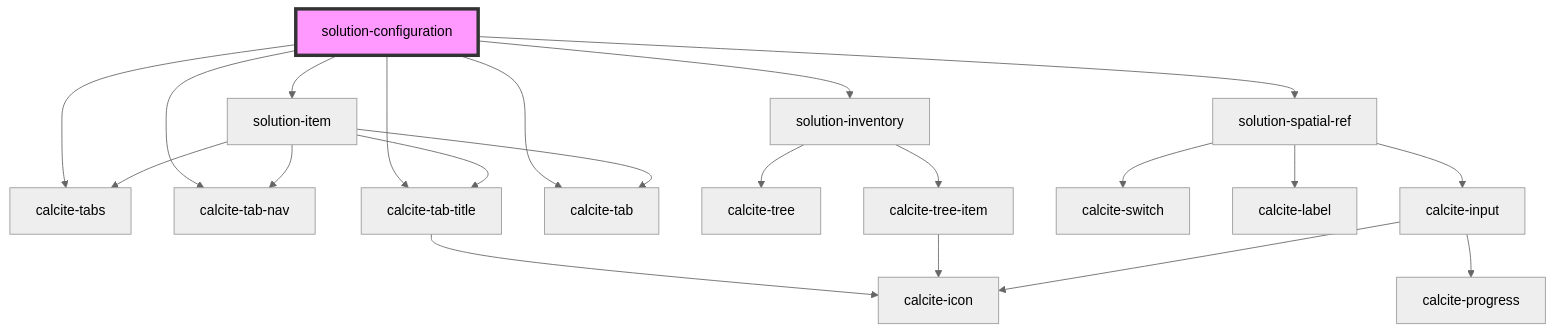
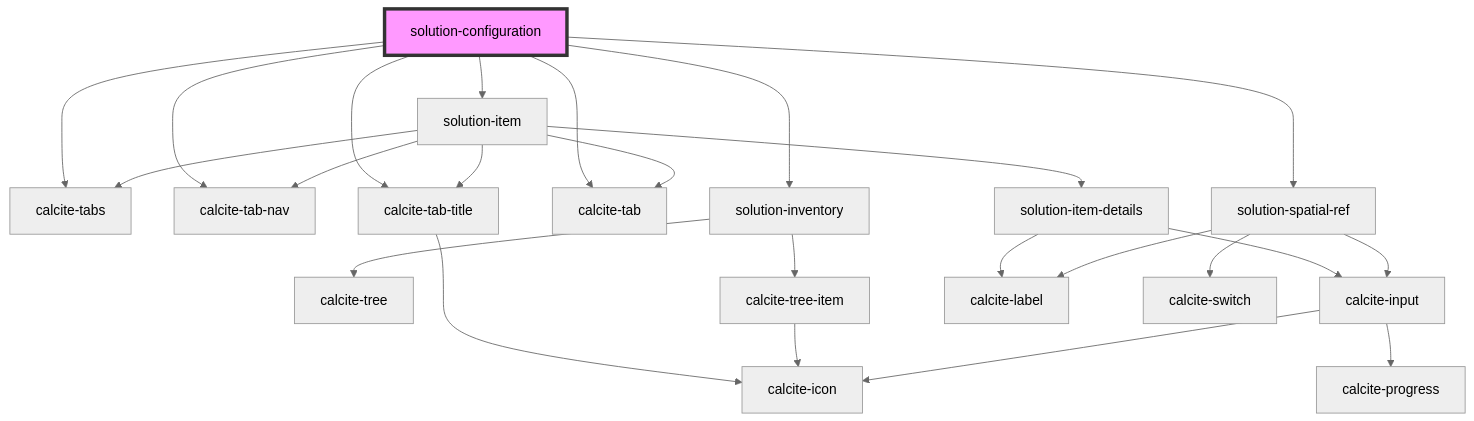
Before and after one commit to Esri/solutions-components: the diagram in src/components/solution-configuration/readme.md, drawn with Mermaid (neutral theme). The commit also changed other lines of this file and 17 other files, not shown here.

Commit message:
Added item-details

````diff
--- a/src/components/solution-configuration/readme.md
+++ b/src/components/solution-configuration/readme.md
@@ -29,24 +29,27 @@
 ```mermaid
 graph TD;
   solution-configuration --> calcite-tabs
   solution-configuration --> calcite-tab-nav
   solution-configuration --> calcite-tab-title
   solution-configuration --> calcite-tab
   solution-configuration --> solution-inventory
   solution-configuration --> solution-item
   solution-configuration --> solution-spatial-ref
   calcite-tab-title --> calcite-icon
   solution-inventory --> calcite-tree
   solution-inventory --> calcite-tree-item
   calcite-tree-item --> calcite-icon
   solution-item --> calcite-tabs
   solution-item --> calcite-tab-nav
   solution-item --> calcite-tab-title
   solution-item --> calcite-tab
+  solution-item --> solution-item-details
+  solution-item-details --> calcite-input
+  solution-item-details --> calcite-label
+  calcite-input --> calcite-progress
+  calcite-input --> calcite-icon
   solution-spatial-ref --> calcite-switch
   solution-spatial-ref --> calcite-label
   solution-spatial-ref --> calcite-input
-  calcite-input --> calcite-progress
-  calcite-input --> calcite-icon
   style solution-configuration fill:#f9f,stroke:#333,stroke-width:4px
 ```
````
